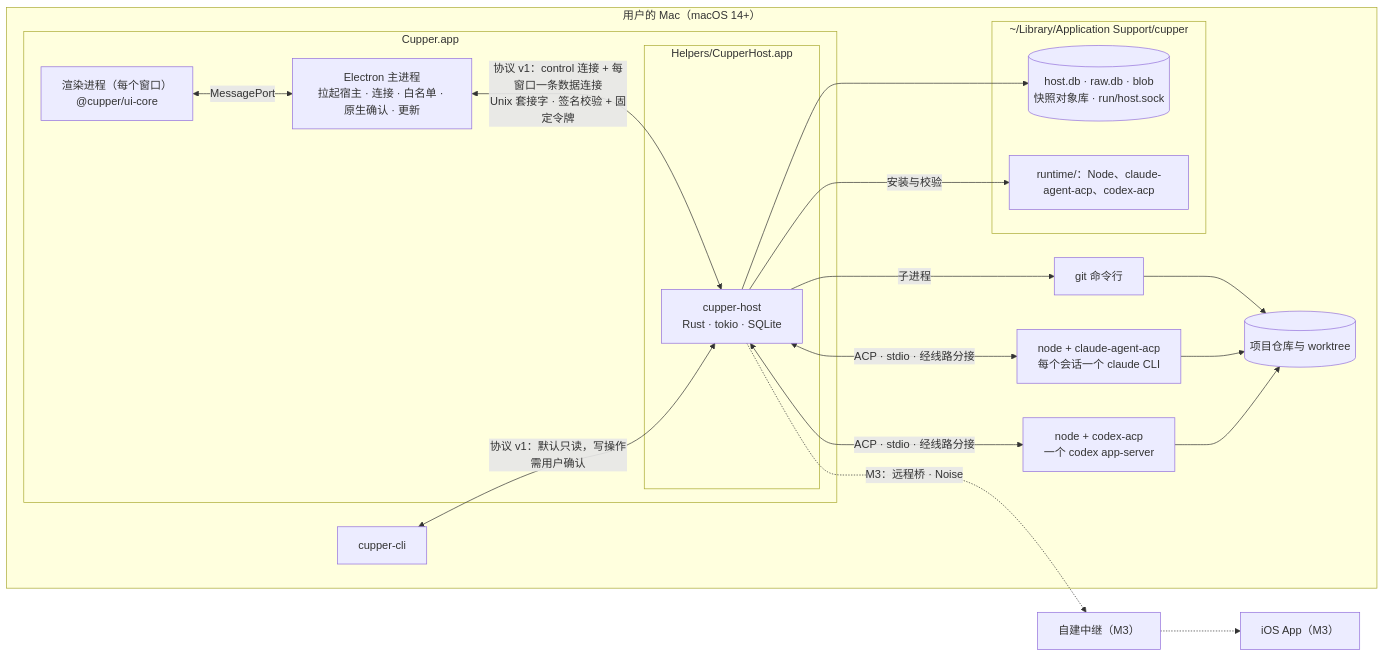
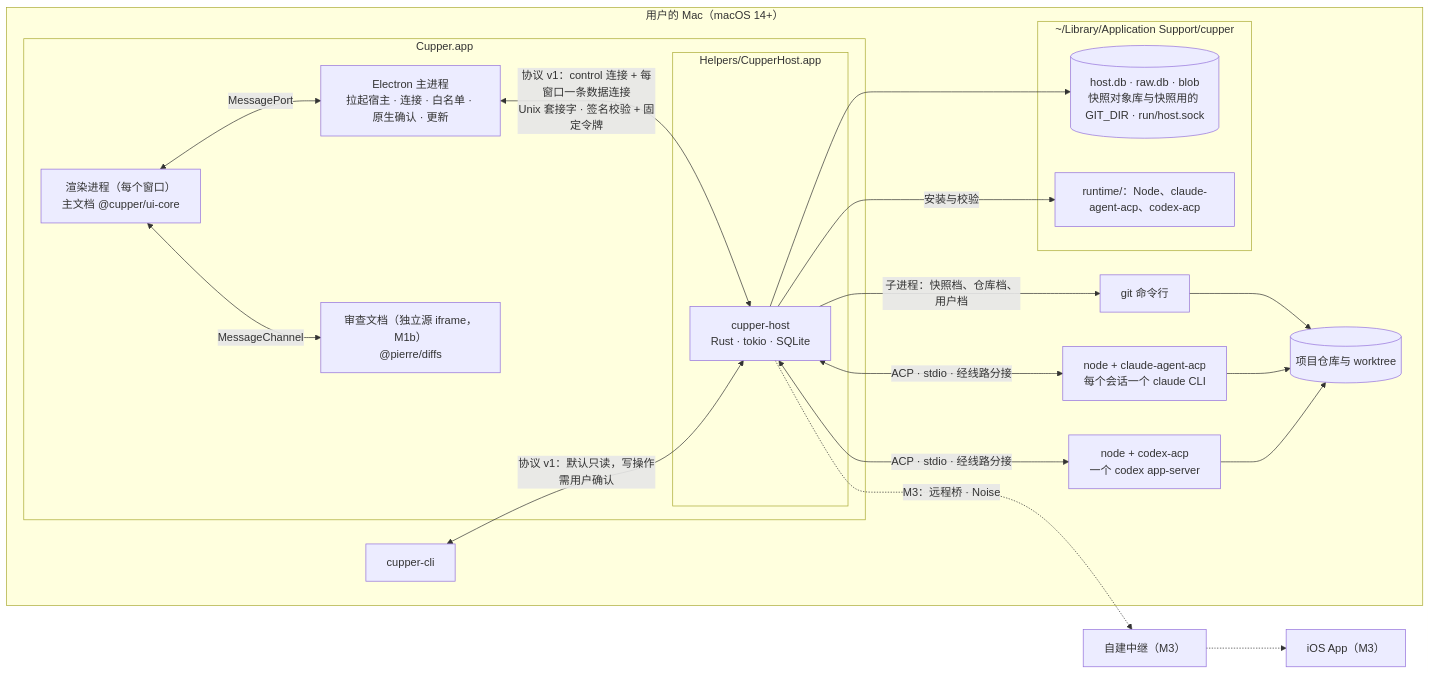
The first of 2 diagrams in docs/02-design.md (boris-w/cupper), drawn with Mermaid before and after one commit. The commit also changed other lines of this file and 4 other files, not shown here.

````diff
--- a/docs/02-design.md
+++ b/docs/02-design.md
@@ -21,34 +21,36 @@
 ```mermaid
 flowchart LR
   subgraph MAC["用户的 Mac（macOS 14+）"]
     subgraph APP["Cupper.app"]
       MAIN["Electron 主进程<br/>拉起宿主 · 连接 · 白名单 · 原生确认 · 更新"]
-      WIN["渲染进程（每个窗口）<br/>@cupper/ui-core"]
+      WIN["渲染进程（每个窗口）<br/>主文档 @cupper/ui-core"]
+      REV["审查文档（独立源 iframe，M1b）<br/>@pierre/diffs"]
       subgraph HELPER["Helpers/CupperHost.app"]
         HOST["cupper-host<br/>Rust · tokio · SQLite"]
       end
     end
     CLI["cupper-cli"]
     subgraph DATA["~/Library/Application Support/cupper"]
-      DB[("host.db · raw.db · blob<br/>快照对象库 · run/host.sock")]
+      DB[("host.db · raw.db · blob<br/>快照对象库与快照用的 GIT_DIR · run/host.sock")]
       RUNTIME["runtime/：Node、claude-agent-acp、codex-acp"]
     end
     AD1["node + claude-agent-acp<br/>每个会话一个 claude CLI"]
     AD2["node + codex-acp<br/>一个 codex app-server"]
     GIT["git 命令行"]
     REPO[("项目仓库与 worktree")]
   end
   WIN <-->|"MessagePort"| MAIN
+  WIN <-->|"MessageChannel"| REV
   MAIN <-->|"协议 v1：control 连接 + 每窗口一条数据连接<br/>Unix 套接字 · 签名校验 + 固定令牌"| HOST
   CLI <-->|"协议 v1：默认只读，写操作需用户确认"| HOST
   HOST <-->|"ACP · stdio · 经线路分接"| AD1
   HOST <-->|"ACP · stdio · 经线路分接"| AD2
   HOST --> DB
   HOST -->|"安装与校验"| RUNTIME
-  HOST -->|"子进程"| GIT
+  HOST -->|"子进程：快照档、仓库档、用户档"| GIT
   GIT --> REPO
   AD1 --> REPO
   AD2 --> REPO
   HOST -. "M3：远程桥 · Noise" .-> RELAY["自建中继（M3）"]
   RELAY -.-> IOS["iOS App（M3）"]
 ```
````
